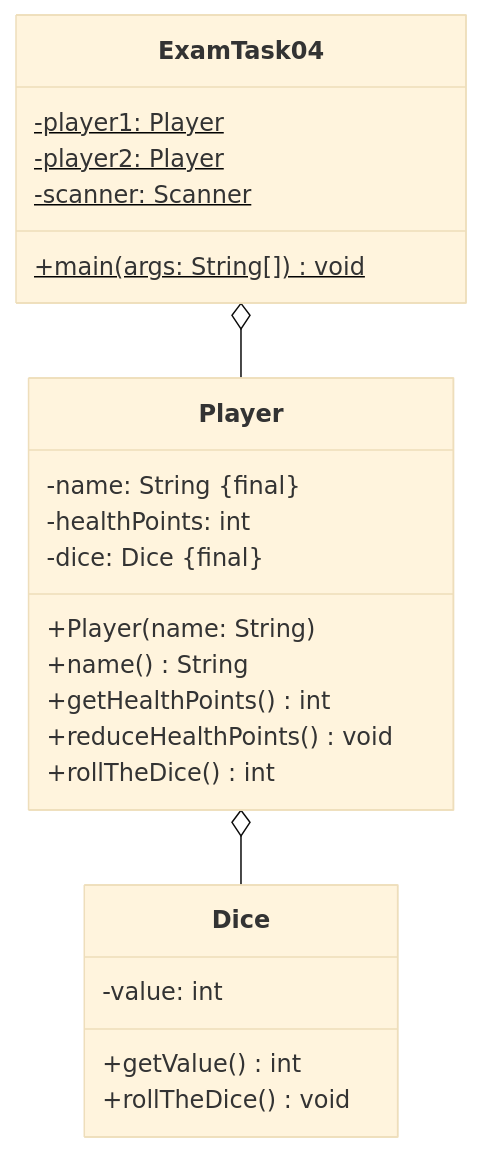
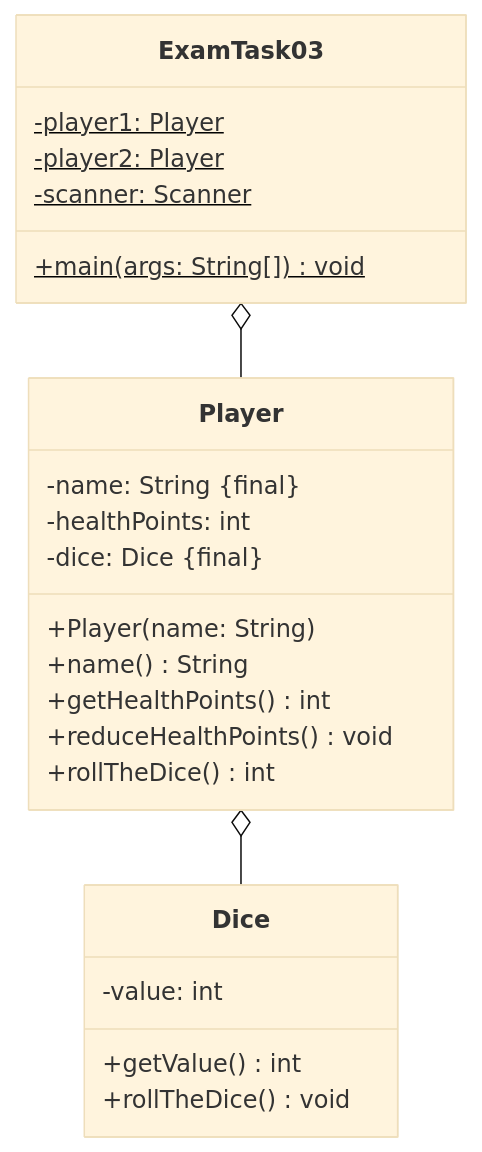
One commit to jappuccini/java-docs changed the seventh of 8 diagrams in docs/additional-material/daniel/sample-exam-java1.md. Above: the diagram before and after it, drawn with Mermaid (base theme). The commit also changed other lines of this file and 4 other files, not shown here.

````diff
--- a/docs/additional-material/daniel/sample-exam-java1.md
+++ b/docs/additional-material/daniel/sample-exam-java1.md
@@ -508,29 +403,29 @@
 ```mermaid
 classDiagram
-    ExamTask04 o-- Player
+    ExamTask03 o-- Player
     Player o-- Dice
 
-    class ExamTask04 {
+    class ExamTask03 {
         -player1: Player$
         -player2: Player$
         -scanner: Scanner$
         +main(args: String[])$ void
     }
 
     class Player {
         -name: String &#123final&#125
         -healthPoints: int
         -dice: Dice &#123final&#125
         +Player(name: String)
         +name() String
         +getHealthPoints() int
         +reduceHealthPoints() void
         +rollTheDice() int
     }
 
     class Dice {
         -value: int
         +getValue() int
         +rollTheDice() void
     }
 ```
````
